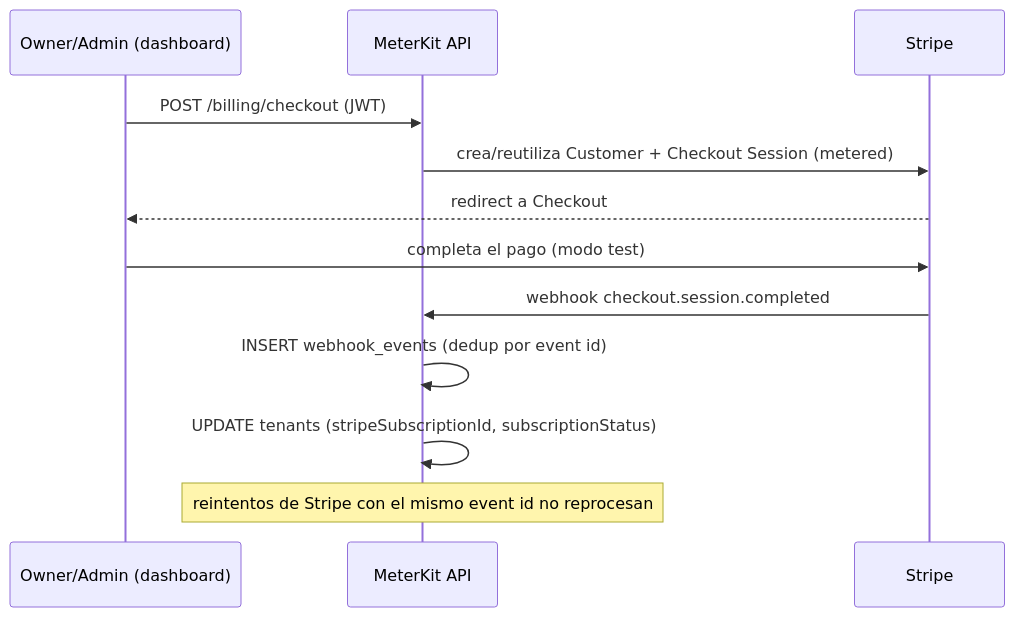
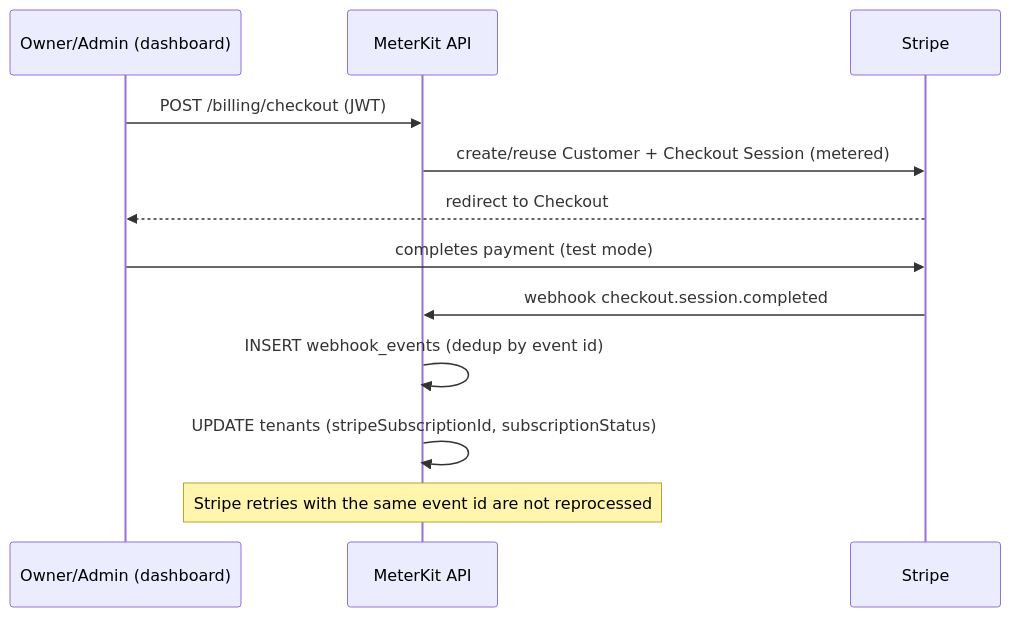
The second of 2 diagrams in README.md (jpprietoruiz-Axontic-Haiku/meterkit), drawn with Mermaid before and after one commit. The commit also changed other lines of this file and 48 other files, not shown here.

````diff
--- a/README.md
+++ b/README.md
@@ -71,15 +71,15 @@
 ```mermaid
 sequenceDiagram
     participant U as Owner/Admin (dashboard)
     participant API as MeterKit API
     participant S as Stripe
 
     U->>API: POST /billing/checkout (JWT)
-    API->>S: crea/reutiliza Customer + Checkout Session (metered)
-    S-->>U: redirect a Checkout
-    U->>S: completa el pago (modo test)
+    API->>S: create/reuse Customer + Checkout Session (metered)
+    S-->>U: redirect to Checkout
+    U->>S: completes payment (test mode)
     S->>API: webhook checkout.session.completed
-    API->>API: INSERT webhook_events (dedup por event id)
+    API->>API: INSERT webhook_events (dedup by event id)
     API->>API: UPDATE tenants (stripeSubscriptionId, subscriptionStatus)
-    Note over API: reintentos de Stripe con el mismo event id no reprocesan
+    Note over API: Stripe retries with the same event id are not reprocessed
 ```
````
